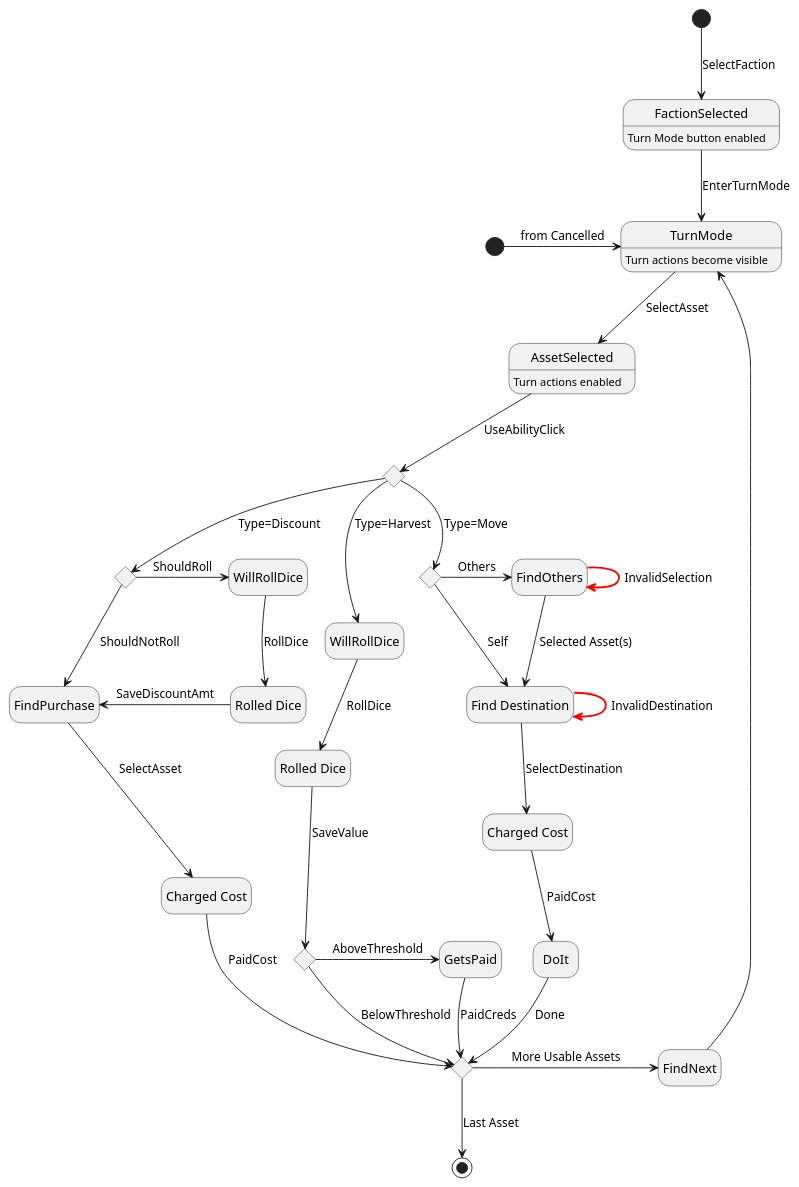
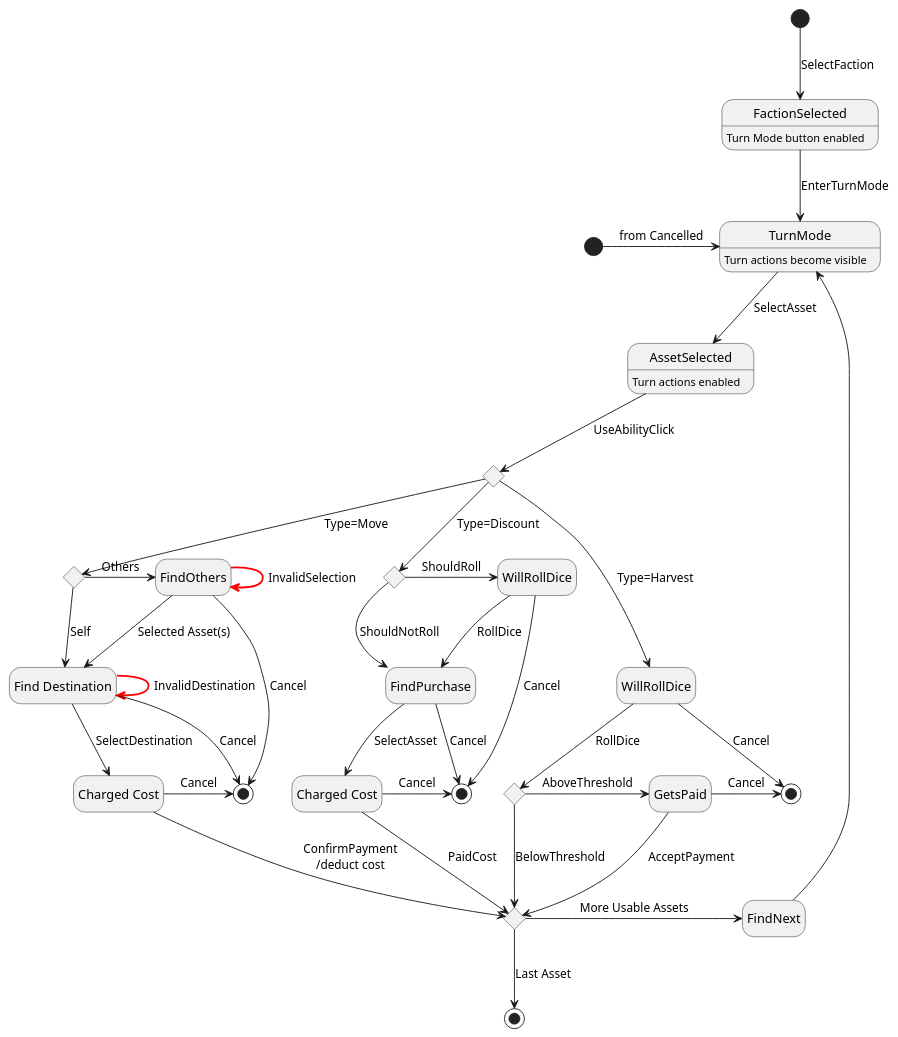
Before and after one commit to Zer0-Vector/swn-faction-tracker: the diagram in design/Use FSM.plantuml, drawn with PlantUML.

Commit message:
add cancel paths to Use Ability FSM

```diff
--- a/design/Use FSM.plantuml
+++ b/design/Use FSM.plantuml
@@ -1,58 +1,63 @@
 @startuml Faction Turn Use Ability States
 hide empty description
 
 state "FactionSelected" as FS : Turn Mode button enabled
 state "TurnMode" as TM : Turn actions become visible
 state "AssetSelected" as ASel : Turn actions enabled
 state cancelled <<start>>
 state "Type?" as type <<choice>>
 state "Move Self?" as self <<choice>>
 state "Find Destination" as FD
 state "More Assets?" as more <<choice>>
 state "Charged Cost" as CC1
 state "Charged Cost" as CC2
 state "Meets Threshold" as enough <<choice>>
 state "WillRollDice" as WRD1
 state "WillRollDice" as WRD2
 state "Should Roll" as toroll <<choice>>
-state "Rolled Dice" as RD1
-state "Rolled Dice" as RD2
 
-' TODO add where can the process be cancelled.
+state MoveEnd <<end>>
+state DisEnd <<end>>
+state HarvEnd <<end>>
 
 [*] --> FS : SelectFaction
 FS --> TM : EnterTurnMode
 cancelled -> TM : from Cancelled
 TM --> ASel : SelectAsset
 ASel --> type : UseAbilityClick
 
 type --> self : Type=Move
 self --> FD : Self
 self -> FindOthers : Others
 FindOthers --> FD : Selected Asset(s)
 FindOthers -[#red,bold]-> FindOthers : InvalidSelection
+FindOthers --> MoveEnd : Cancel
 FD -[#red,bold]-> FD : InvalidDestination
 FD --> CC1 : SelectDestination
-CC1 --> DoIt : PaidCost
-DoIt --> more : Done
+FD --> MoveEnd : Cancel
+CC1 --> more : ConfirmPayment\n/deduct cost
+CC1 -> MoveEnd : Cancel
 
 type --> toroll : Type=Discount
 toroll -> WRD2 : ShouldRoll
-WRD2 --> RD2 : RollDice
-RD2 -> FindPurchase : SaveDiscountAmt
+WRD2 --> FindPurchase : RollDice
+WRD2 --> DisEnd : Cancel
 toroll --> FindPurchase : ShouldNotRoll
 FindPurchase --> CC2 : SelectAsset
+FindPurchase -> DisEnd : Cancel
 CC2 --> more : PaidCost
+CC2 -> DisEnd : Cancel
 
 type --> WRD1 : Type=Harvest
-WRD1 --> RD1 : RollDice
-RD1 --> enough : SaveValue
+WRD1 --> enough : RollDice
+WRD1 -> HarvEnd : Cancel
 enough --> more : BelowThreshold
 enough -> GetsPaid : AboveThreshold
-GetsPaid --> more : PaidCreds
+GetsPaid --> more : AcceptPayment
+GetsPaid -> HarvEnd : Cancel
 
 more -> FindNext : More Usable Assets
 more --> [*] : Last Asset
 FindNext -> TM
 
 @enduml
```
